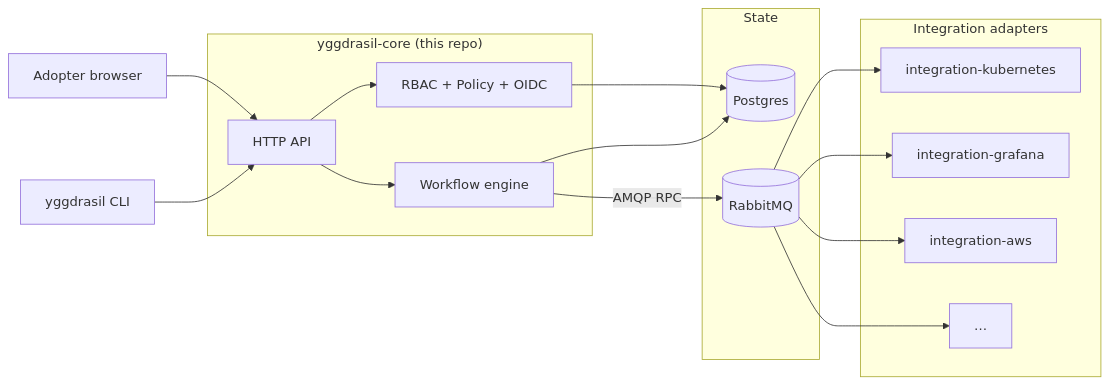
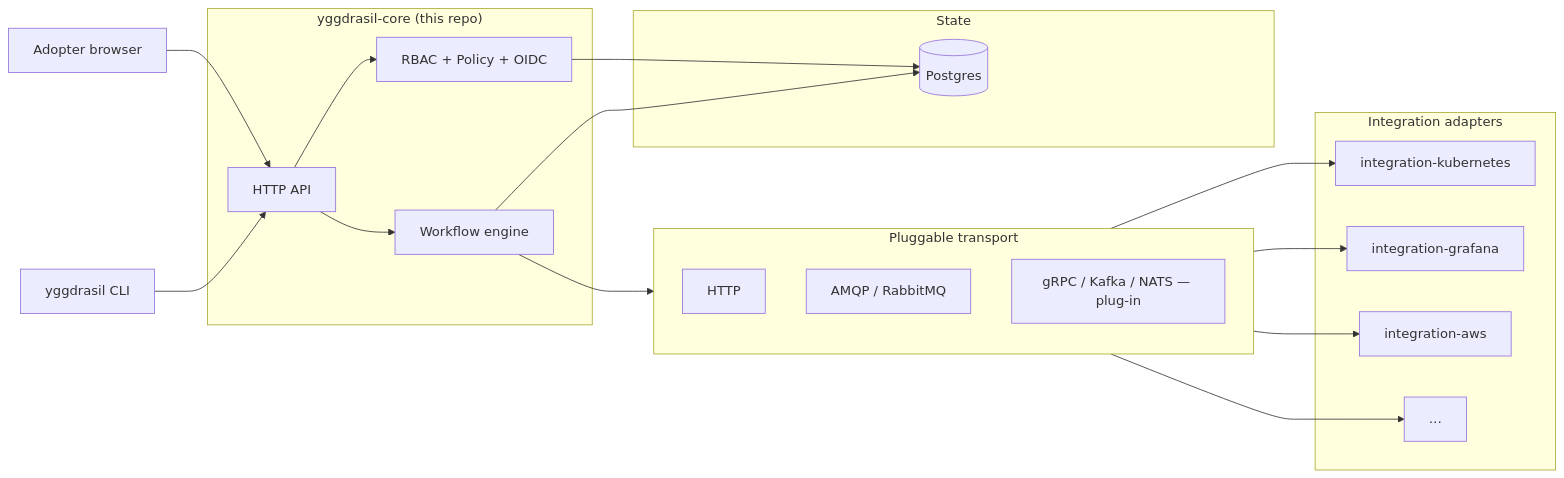
One commit to dakasa-yggdrasil/yggdrasil-core changed the diagram in README.md. Above: the diagram before and after it, drawn with Mermaid. The commit also changed other lines of this file and 12 other files, not shown here.

````diff
--- a/README.md
+++ b/README.md
@@ -87,32 +89,36 @@
 ```mermaid
 flowchart LR
     CLI[yggdrasil CLI]
     Browser[Adopter browser]
     subgraph Core["yggdrasil-core (this repo)"]
         HTTP[HTTP API]
         Engine[Workflow engine]
         Auth[RBAC + Policy + OIDC]
     end
     subgraph State
         PG[(Postgres)]
-        RMQ[(RabbitMQ)]
+    end
+    subgraph Transport["Pluggable transport"]
+        HTTPT[HTTP]
+        AMQP[AMQP / RabbitMQ]
+        Other[gRPC / Kafka / NATS — plug-in]
     end
     subgraph Adapters["Integration adapters"]
         K8s[integration-kubernetes]
         Grafana[integration-grafana]
         AWS[integration-aws]
         Etc[…]
     end
 
     CLI --> HTTP
     Browser --> HTTP
     HTTP --> Engine
     HTTP --> Auth
     Engine --> PG
     Auth --> PG
-    Engine -- AMQP RPC --> RMQ
-    RMQ --> K8s
-    RMQ --> Grafana
-    RMQ --> AWS
-    RMQ --> Etc
+    Engine --> Transport
+    Transport --> K8s
+    Transport --> Grafana
+    Transport --> AWS
+    Transport --> Etc
 ```
````
